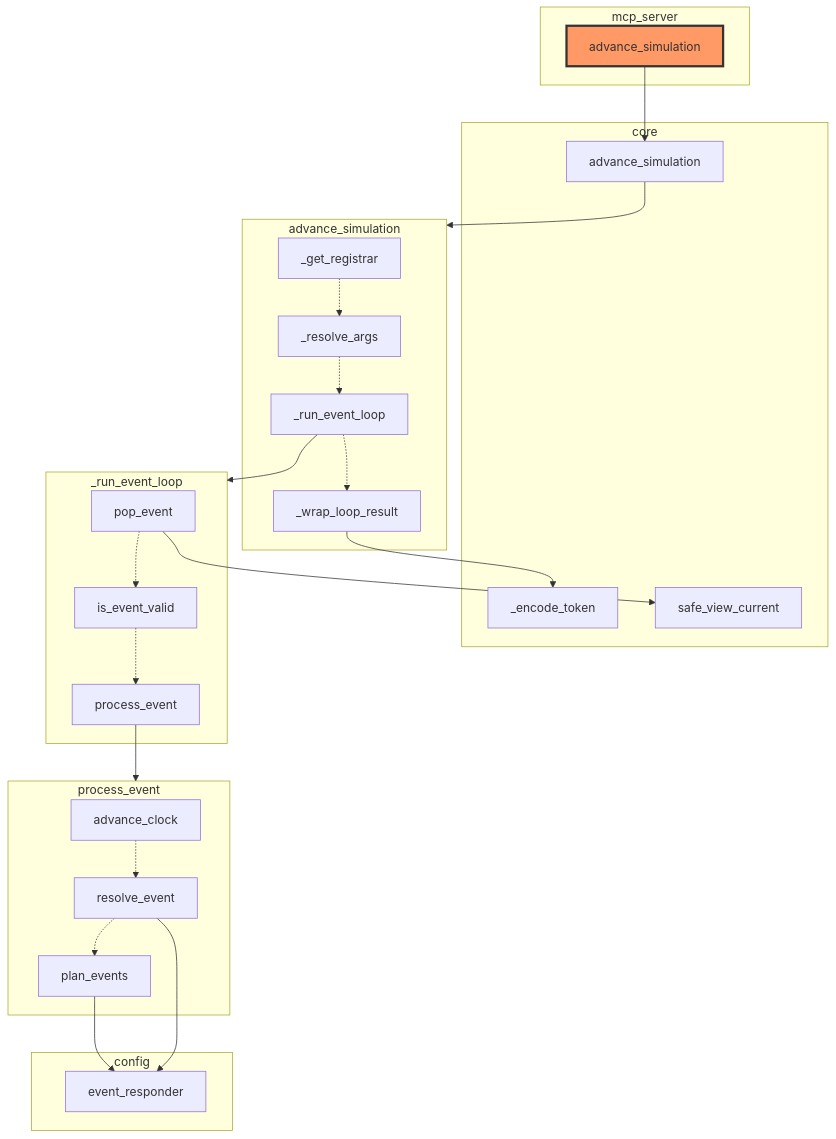
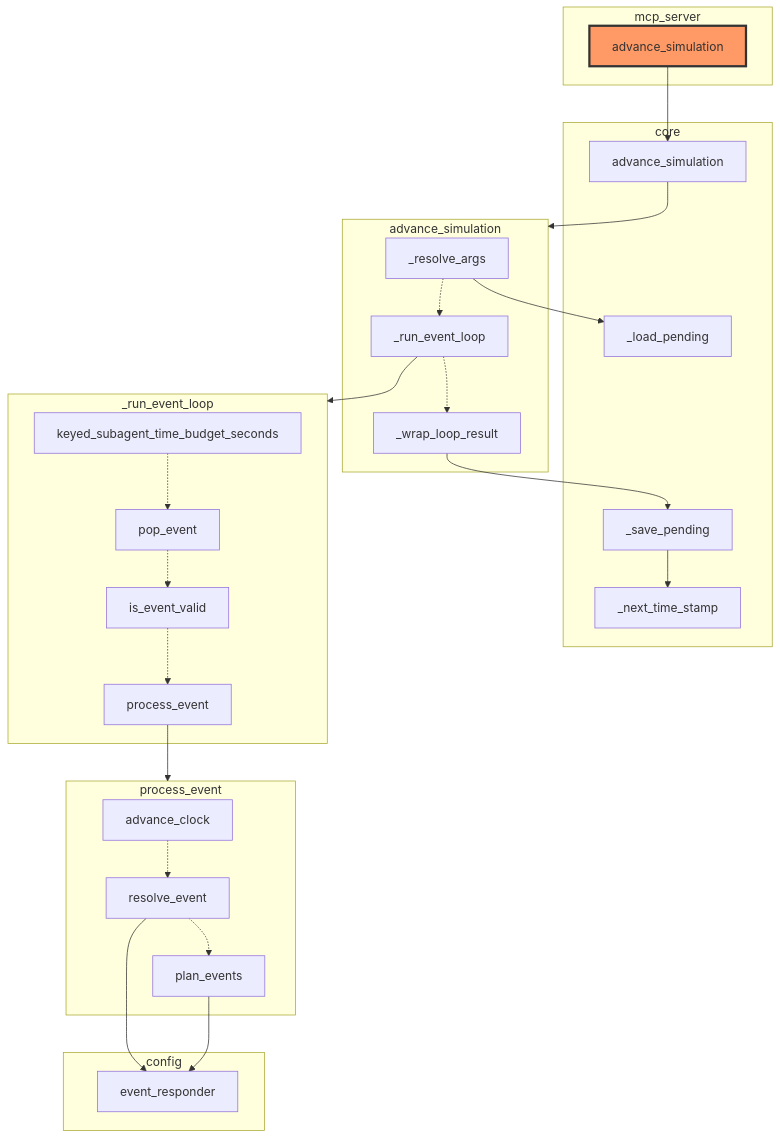
One commit to zhafen/story-simulator changed the diagram in docs/architecture/advance_simulation.md. Above: the diagram before and after it, drawn with Mermaid. The commit also changed 1 other file, not shown here.

Commit message:
Regenerate architecture diagrams after pulling latest main
Refreshes the whole-project overview and the event-loop trace from
mcp_server.advance_simulation to reflect recent core.py changes
(pending-event persistence, keyed-subagent time budget).

Claude-Session: https://claude.ai/code/session_01D45bBkZoMMADY7D8E2zGTK

````diff
--- a/docs/architecture/advance_simulation.md
+++ b/docs/architecture/advance_simulation.md
@@ -5,47 +5,49 @@
 ```mermaid
 flowchart TB
     subgraph sg0["config"]
-        n14["event_responder"]
+        n15["event_responder"]
     end
     subgraph sg1["core"]
         n1["advance_simulation"]
-        n6["_encode_token"]
-        n13["safe_view_current"]
+        n5["_load_pending"]
+        n6["_save_pending"]
+        n11["_next_time_stamp"]
     end
     subgraph sg2["mcp_server"]
         n0["advance_simulation"]
     end
     subgraph seq1["advance_simulation"]
-        n4["_get_registrar"]
-        n5["_resolve_args"]
-        n3["_run_event_loop"]
-        n2["_wrap_loop_result"]
-        n4 -.-> n5
-        n5 -.-> n3
-        n3 -.-> n2
+        n2["_resolve_args"]
+        n4["_run_event_loop"]
+        n3["_wrap_loop_result"]
+        n2 -.-> n4
+        n4 -.-> n3
     end
-    subgraph seq3["_run_event_loop"]
-        n9["pop_event"]
-        n7["is_event_valid"]
-        n8["process_event"]
-        n9 -.-> n7
-        n7 -.-> n8
+    subgraph seq4["_run_event_loop"]
+        n9["keyed_subagent_time_budget_seconds"]
+        n10["pop_event"]
+        n8["is_event_valid"]
+        n7["process_event"]
+        n9 -.-> n10
+        n10 -.-> n8
+        n8 -.-> n7
     end
-    subgraph seq4["process_event"]
-        n11["advance_clock"]
+    subgraph seq6["process_event"]
+        n14["advance_clock"]
         n12["resolve_event"]
-        n10["plan_events"]
-        n11 -.-> n12
-        n12 -.-> n10
+        n13["plan_events"]
+        n14 -.-> n12
+        n12 -.-> n13
     end
     n0 --> n1
     n1 --> seq1
-    n2 --> n6
-    n3 --> seq3
-    n8 --> seq4
-    n9 --> n13
-    n10 --> n14
-    n12 --> n14
+    n2 --> n5
+    n3 --> n6
+    n4 --> seq4
+    n6 --> n11
+    n7 --> seq6
+    n12 --> n15
+    n13 --> n15
     class n0 rootNode
     classDef rootNode fill:#f96,stroke:#333,stroke-width:3px
 ```
````
